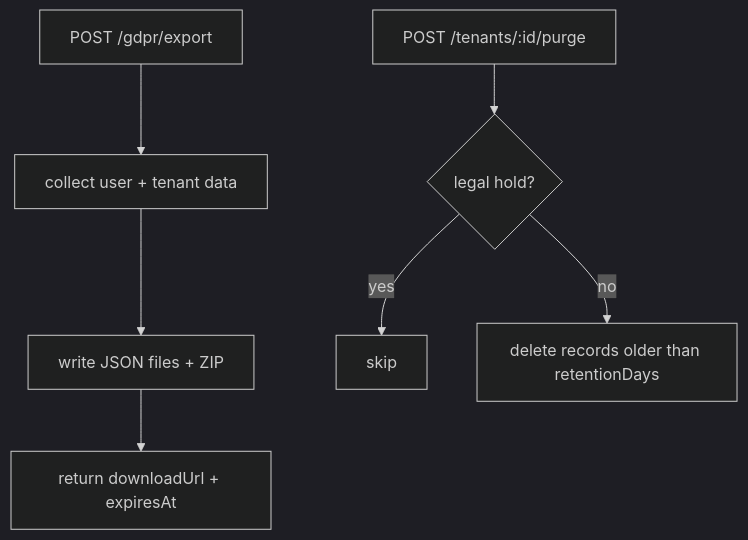
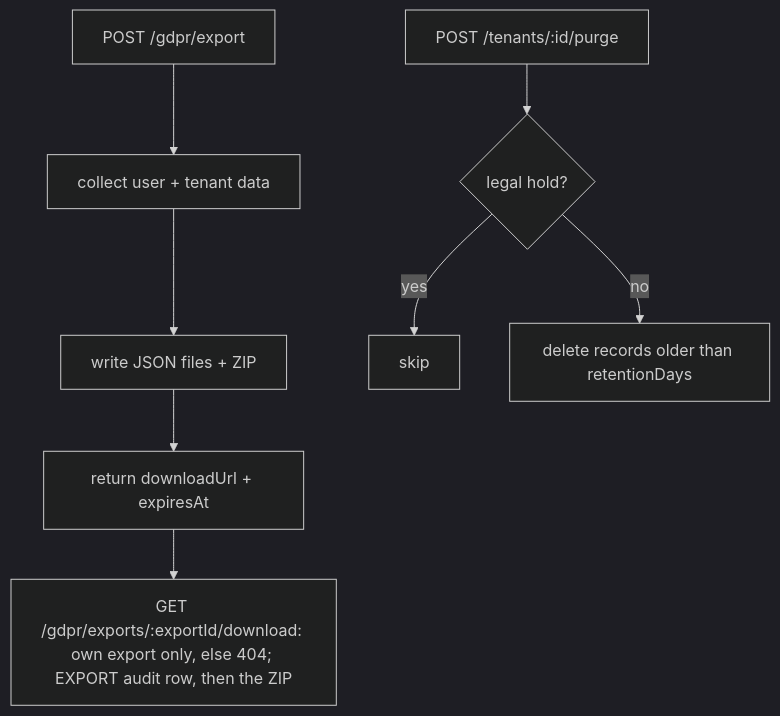
Before and after one commit to zed378/callibrator: diagram 24 of 33 in docs/BACKEND/10-MODULE-REFERENCE.md, drawn with Mermaid (dark theme). The commit also changed other lines of this file and 1119 other files, not shown here.

````diff
--- a/docs/BACKEND/10-MODULE-REFERENCE.md
+++ b/docs/BACKEND/10-MODULE-REFERENCE.md
@@ -2920,9 +2920,10 @@
 ```mermaid
 graph TD
     A[POST /gdpr/export] --> B[collect user + tenant data]
     B --> C[write JSON files + ZIP]
     C --> D[return downloadUrl + expiresAt]
+    D --> D2[GET /gdpr/exports/:exportId/download: own export only, else 404; EXPORT audit row, then the ZIP]
     E[POST /tenants/:id/purge] --> F{legal hold?}
     F -- yes --> G[skip]
     F -- no --> H[delete records older than retentionDays]
 ```
````
